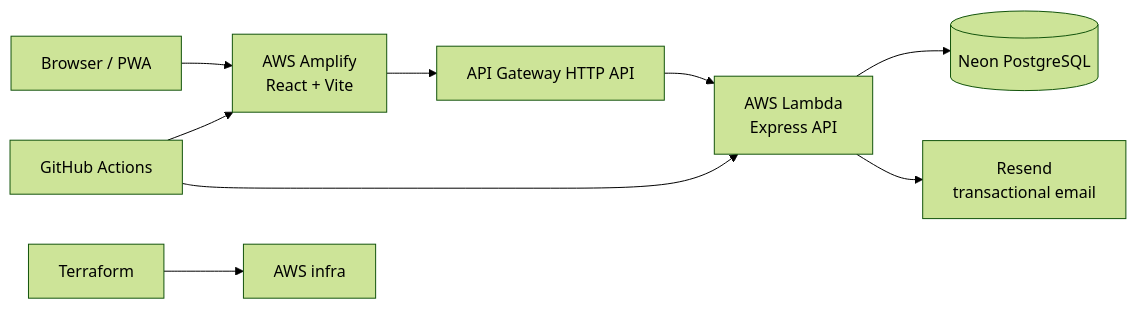
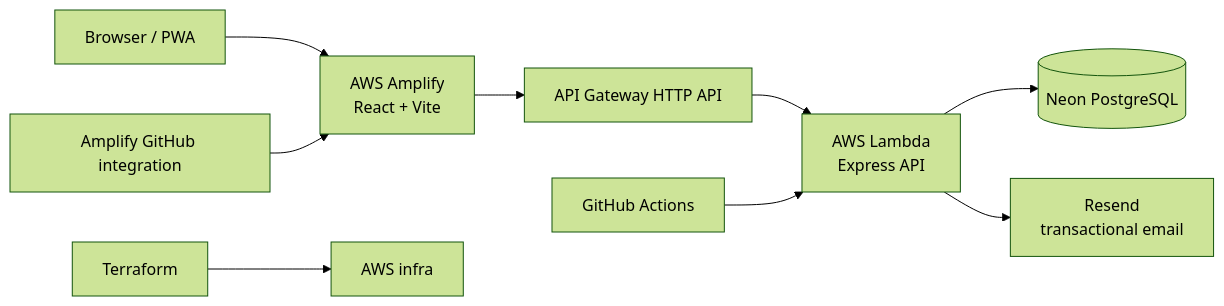
The diagram in README.md (gerardinhoo/PitchPulse26), drawn with Mermaid (forest theme) before and after one commit. The commit also changed other lines of this file and 13 other files, not shown here.

````diff
--- a/README.md
+++ b/README.md
@@ -85,11 +87,11 @@
 ```mermaid
 flowchart LR
   User[Browser / PWA] --> Amplify[AWS Amplify<br/>React + Vite]
   Amplify --> APIGW[API Gateway HTTP API]
   APIGW --> Lambda[AWS Lambda<br/>Express API]
   Lambda --> Neon[(Neon PostgreSQL)]
   Lambda --> Resend[Resend<br/>transactional email]
-  GH[GitHub Actions] --> Amplify
-  GH --> Lambda
+  GH[GitHub Actions] --> Lambda
+  AmplifyGit[Amplify GitHub integration] --> Amplify
   TF[Terraform] --> AWS[AWS infra]
 ```
````
